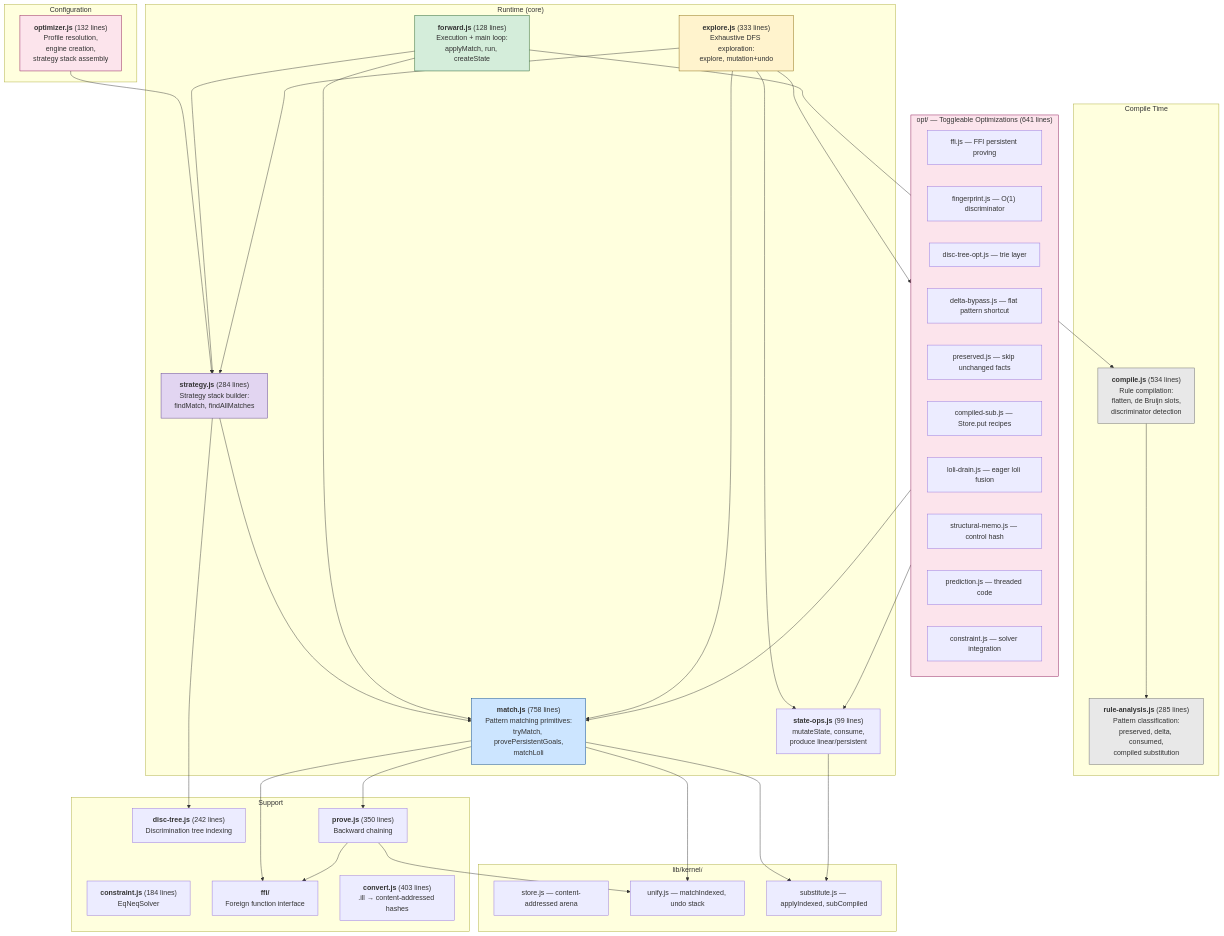
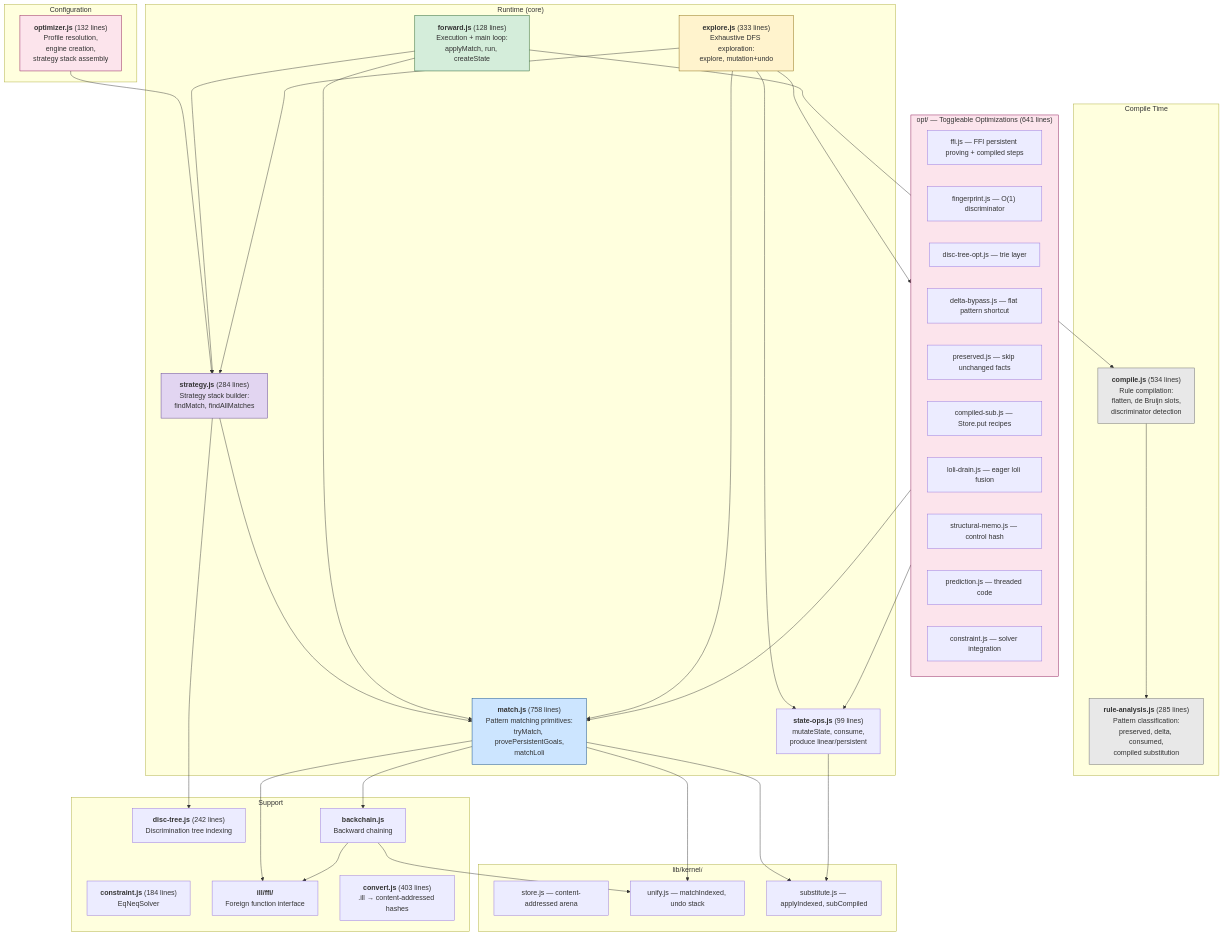
The first of 7 diagrams in doc/documentation/forward-chaining-engine.md (mhhf/calc), drawn with Mermaid before and after one commit. The commit also changed other lines of this file and 52 other files, not shown here.

````diff
--- a/doc/documentation/forward-chaining-engine.md
+++ b/doc/documentation/forward-chaining-engine.md
@@ -15,76 +15,76 @@
 ```mermaid
 graph TB
     subgraph Compilation["Compile Time"]
         COMPILE["<b>compile.js</b> (534 lines)<br/>Rule compilation:<br/>flatten, de Bruijn slots,<br/>discriminator detection"]
         ANALYSIS["<b>rule-analysis.js</b> (285 lines)<br/>Pattern classification:<br/>preserved, delta, consumed,<br/>compiled substitution"]
     end
 
     subgraph Config["Configuration"]
         OPTIM["<b>optimizer.js</b> (132 lines)<br/>Profile resolution,<br/>engine creation,<br/>strategy stack assembly"]
     end
 
     subgraph Runtime["Runtime (core)"]
         MATCH["<b>match.js</b> (758 lines)<br/>Pattern matching primitives:<br/>tryMatch, provePersistentGoals,<br/>matchLoli"]
         STRATEGY["<b>strategy.js</b> (284 lines)<br/>Strategy stack builder:<br/>findMatch, findAllMatches"]
         STATEOPS["<b>state-ops.js</b> (99 lines)<br/>mutateState, consume,<br/>produce linear/persistent"]
         FORWARD["<b>forward.js</b> (128 lines)<br/>Execution + main loop:<br/>applyMatch, run, createState"]
         SYMEXEC["<b>explore.js</b> (333 lines)<br/>Exhaustive DFS exploration:<br/>explore, mutation+undo"]
     end
 
     subgraph Opt["opt/ — Toggleable Optimizations (641 lines)"]
-        OPT_FFI["ffi.js — FFI persistent proving"]
+        OPT_FFI["ffi.js — FFI persistent proving + compiled steps"]
         OPT_FP["fingerprint.js — O(1) discriminator"]
         OPT_DT["disc-tree-opt.js — trie layer"]
         OPT_DELTA["delta-bypass.js — flat pattern shortcut"]
         OPT_PRES["preserved.js — skip unchanged facts"]
         OPT_CSUB["compiled-sub.js — Store.put recipes"]
         OPT_LOLI["loli-drain.js — eager loli fusion"]
         OPT_MEMO["structural-memo.js — control hash"]
         OPT_PRED["prediction.js — threaded code"]
         OPT_CONS["constraint.js — solver integration"]
     end
 
     subgraph Support["Support"]
         DTREE["<b>disc-tree.js</b> (242 lines)<br/>Discrimination tree indexing"]
         CONSTR["<b>constraint.js</b> (184 lines)<br/>EqNeqSolver"]
-        PROVE["<b>prove.js</b> (350 lines)<br/>Backward chaining"]
-        FFI["<b>ffi/</b><br/>Foreign function interface"]
+        PROVE["<b>backchain.js</b><br/>Backward chaining"]
+        FFI["<b>ill/ffi/</b><br/>Foreign function interface"]
         CONVERT["<b>convert.js</b> (403 lines)<br/>.ill → content-addressed hashes"]
     end
 
     subgraph Kernel["lib/kernel/"]
         STORE["store.js — content-addressed arena"]
         UNIFY["unify.js — matchIndexed, undo stack"]
         SUBST["substitute.js — applyIndexed, subCompiled"]
     end
 
     OPTIM --> STRATEGY
     COMPILE --> ANALYSIS
     MATCH --> UNIFY
     MATCH --> SUBST
     MATCH --> PROVE
     MATCH --> FFI
     STRATEGY --> MATCH
     STRATEGY --> DTREE
     FORWARD --> STRATEGY
     FORWARD --> MATCH
     FORWARD --> COMPILE
     SYMEXEC --> STRATEGY
     SYMEXEC --> MATCH
     SYMEXEC --> STATEOPS
     SYMEXEC --> Opt
     STATEOPS --> SUBST
     Opt --> MATCH
     Opt --> STATEOPS
     PROVE --> FFI
     PROVE --> UNIFY
 
     style MATCH fill:#cce5ff,stroke:#004085
     style STRATEGY fill:#e2d5f1,stroke:#5a3d8a
     style FORWARD fill:#d4edda,stroke:#155724
     style SYMEXEC fill:#fff3cd,stroke:#856404
     style COMPILE fill:#e8e8e8,stroke:#666
     style ANALYSIS fill:#e8e8e8,stroke:#666
     style OPTIM fill:#fce4ec,stroke:#880e4f
     style Opt fill:#fce4ec,stroke:#880e4f
 ```
````
